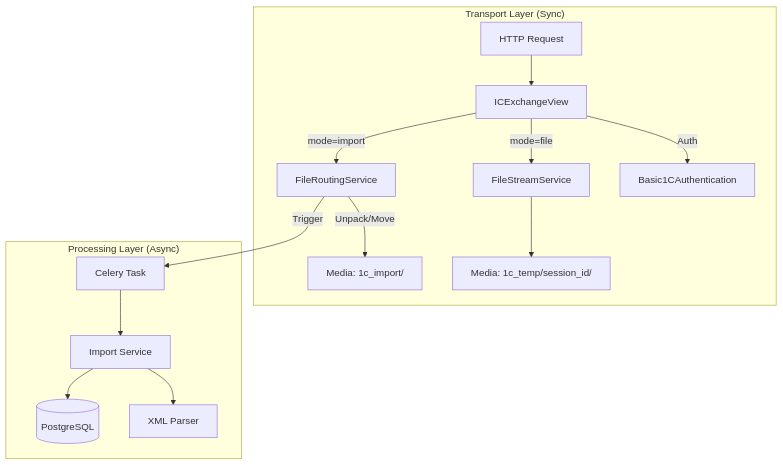
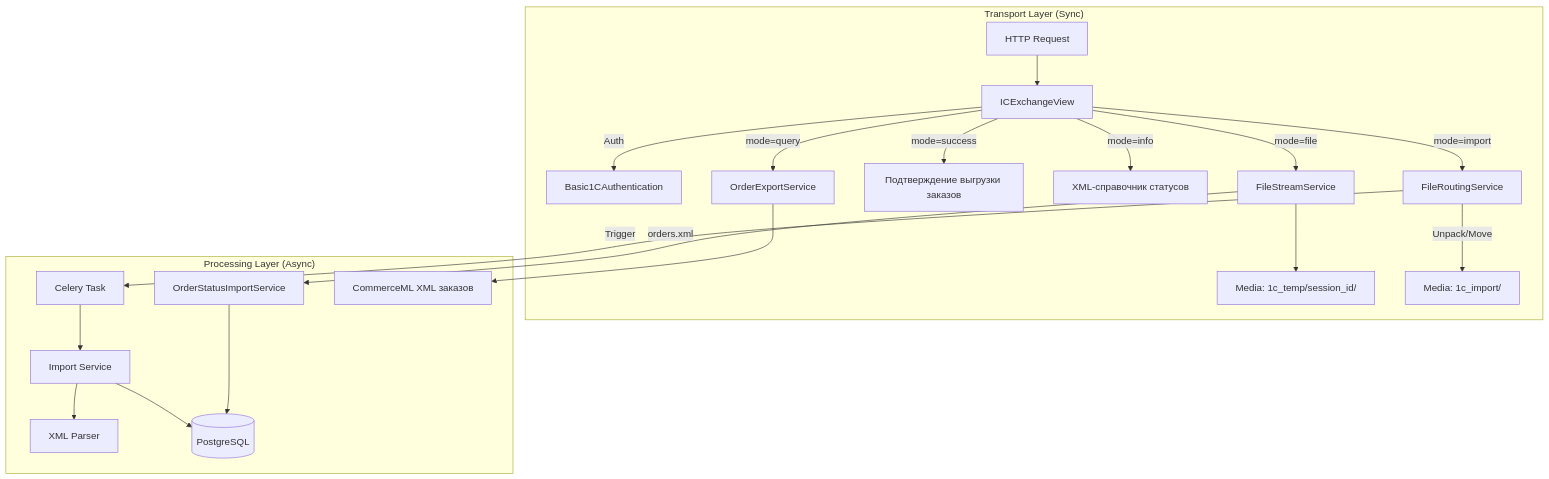
One commit to AlexMobiCraft/FREESPORT changed the third of 5 diagrams in docs/integrations/1c/architecture.md. Above: the diagram before and after it, drawn with Mermaid. The commit also changed other lines of this file and 5 other files, not shown here.

Commit message:
Обновлена документация FREESPORT по `mode=info` для статусов 1С-Битрикс обновлена.

````diff
--- a/docs/integrations/1c/architecture.md
+++ b/docs/integrations/1c/architecture.md
@@ -297,18 +312,24 @@
 ```mermaid
 graph TD
     subgraph "Transport Layer (Sync)"
         req[HTTP Request] --> View[ICExchangeView]
         View -- Auth --> Auth[Basic1CAuthentication]
+        View -- "mode=query" --> OrderExport[OrderExportService]
+        View -- "mode=success" --> OrderAck[Подтверждение выгрузки заказов]
+        View -- "mode=info" --> StatusDict[XML-справочник статусов]
         View -- "mode=file" --> FSS[FileStreamService]
         FSS --> Temp[Media: 1c_temp/session_id/]
         View -- "mode=import" --> Router[FileRoutingService]
         Router -- Unpack/Move --> ImportDir[Media: 1c_import/]
     end
 
     subgraph "Processing Layer (Async)"
         Router -- Trigger --> Celery[Celery Task]
+        FSS -- "orders.xml" --> OrderStatus[OrderStatusImportService]
+        OrderExport --> OrderXML[CommerceML XML заказов]
         Celery --> SVC[Import Service]
         SVC --> Parser[XML Parser]
         SVC --> DB[(PostgreSQL)]
+        OrderStatus --> DB
     end
 ```
````
